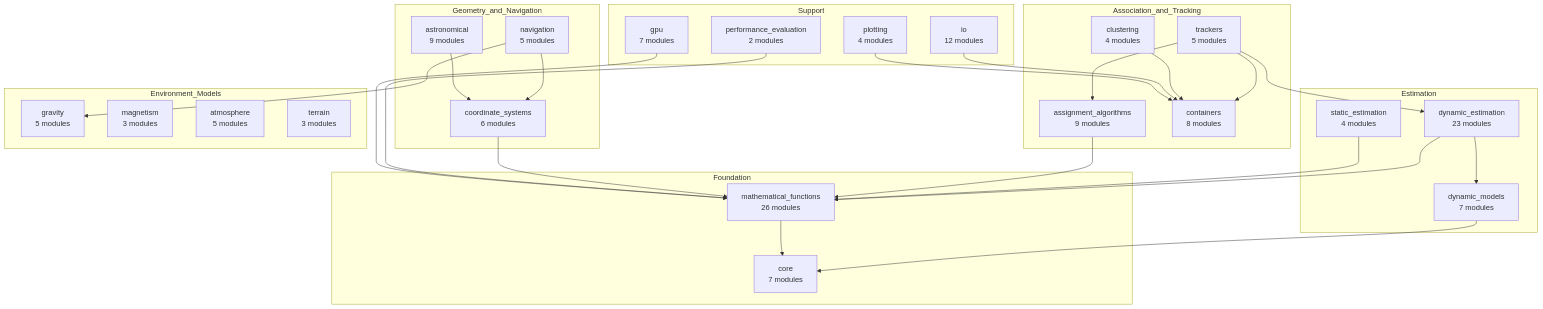
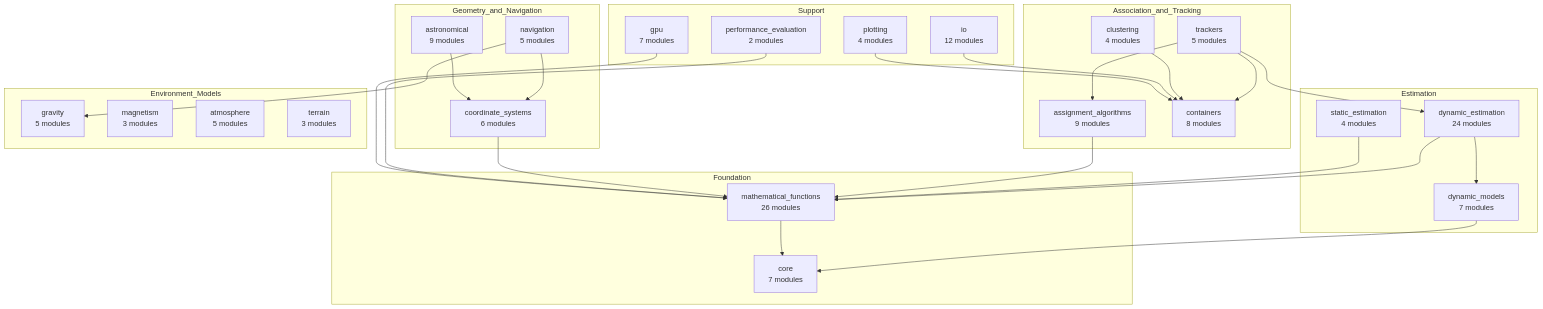
One commit to nedonatelli/TCL changed the first of 4 diagrams in docs/architecture.rst. Above: the diagram before and after it, drawn with Mermaid. The commit also changed other lines of this file and 35 other files, not shown here.

```diff
--- a/docs/architecture.rst
+++ b/docs/architecture.rst
@@ -26,59 +26,59 @@
 .. mermaid::
 
    graph TD
        subgraph Estimation
-           DE["dynamic_estimation<br/>23 modules"]
+           DE["dynamic_estimation<br/>24 modules"]
            DM["dynamic_models<br/>7 modules"]
            SE["static_estimation<br/>4 modules"]
        end
 
        subgraph Association_and_Tracking
            AA["assignment_algorithms<br/>9 modules"]
            TR["trackers<br/>5 modules"]
            CL["clustering<br/>4 modules"]
            CO["containers<br/>8 modules"]
        end
 
        subgraph Geometry_and_Navigation
            CS["coordinate_systems<br/>6 modules"]
            NA["navigation<br/>5 modules"]
            AS["astronomical<br/>9 modules"]
        end
 
        subgraph Environment_Models
            GR["gravity<br/>5 modules"]
            MA["magnetism<br/>3 modules"]
            AT["atmosphere<br/>5 modules"]
            TE["terrain<br/>3 modules"]
        end
 
        subgraph Foundation
            MF["mathematical_functions<br/>26 modules"]
            CR["core<br/>7 modules"]
        end
 
        subgraph Support
            IO["io<br/>12 modules"]
            GP["gpu<br/>7 modules"]
            PL["plotting<br/>4 modules"]
            PE["performance_evaluation<br/>2 modules"]
        end
 
        TR --> DE
        TR --> AA
        TR --> CO
        DE --> DM
        DE --> MF
        AA --> MF
        CL --> CO
        NA --> CS
        NA --> GR
        AS --> CS
        SE --> MF
        CS --> MF
        PE --> MF
        IO --> CO
        GP --> MF
        PL --> CO
        DM --> CR
        MF --> CR
```
